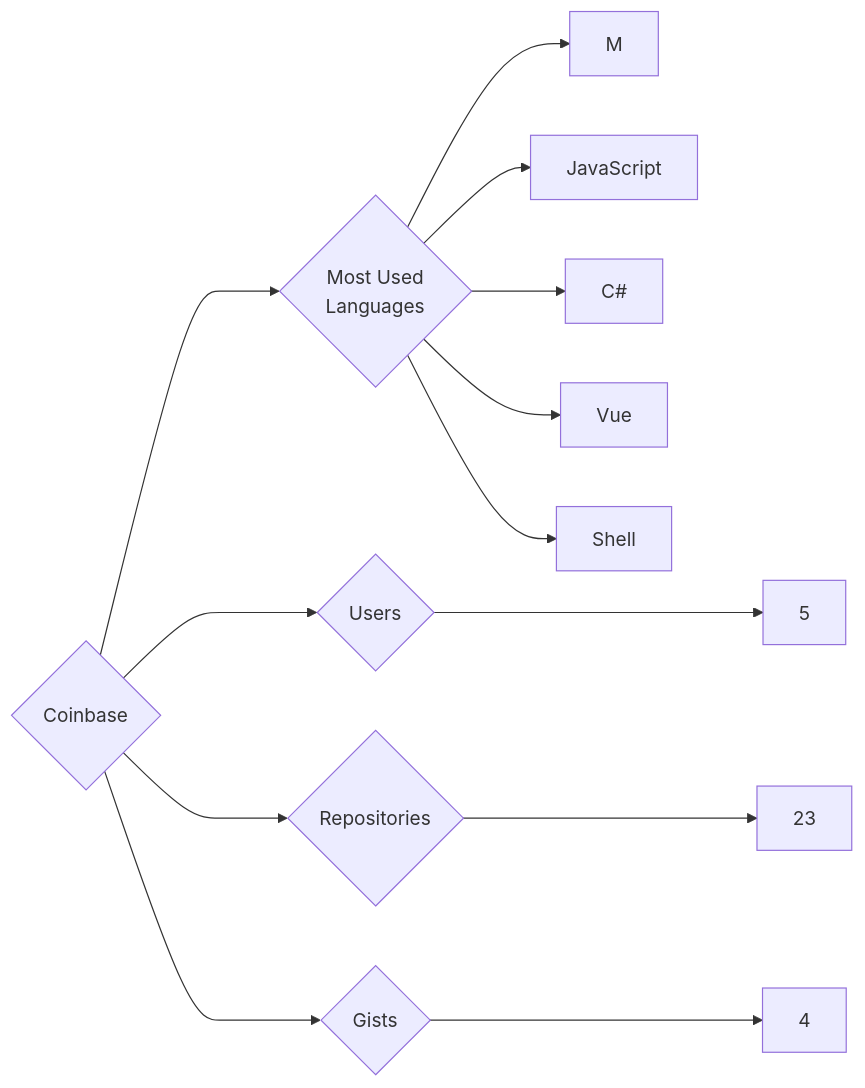
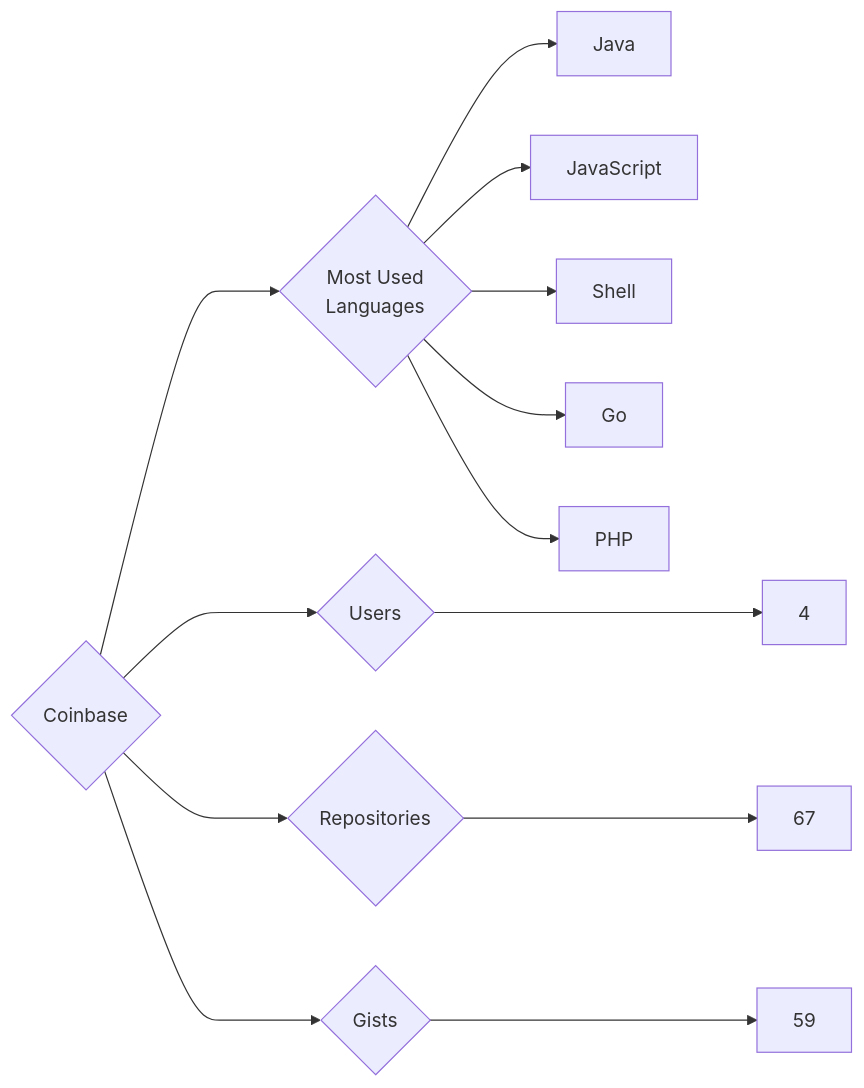
One commit to trickest/insiders changed the diagram in targets/Coinbase/README.md. Above: the diagram before and after it, drawn with Mermaid. The commit also changed 857 other files, not shown here.

````diff
--- a/targets/Coinbase/README.md
+++ b/targets/Coinbase/README.md
@@ -3,13 +3,13 @@
 ```mermaid
 graph LR
 COMPANY_NAME{Coinbase}
-COMPANY_NAME ---> U{Users} ---> UN[5]
-COMPANY_NAME ---> R{Repositories} ---> RN[23]
-COMPANY_NAME ---> G{Gists} ---> GN[4]
+COMPANY_NAME ---> U{Users} ---> UN[4]
+COMPANY_NAME ---> R{Repositories} ---> RN[67]
+COMPANY_NAME ---> G{Gists} ---> GN[59]
 COMPANY_NAME ---> ML{Most Used<br>Languages}
-ML --> M[M]
+ML --> Java[Java]
 ML --> JavaScript[JavaScript]
-ML --> C#[C#]
-ML --> Vue[Vue]
 ML --> Shell[Shell]
+ML --> Go[Go]
+ML --> PHP[PHP]
 ```
````
